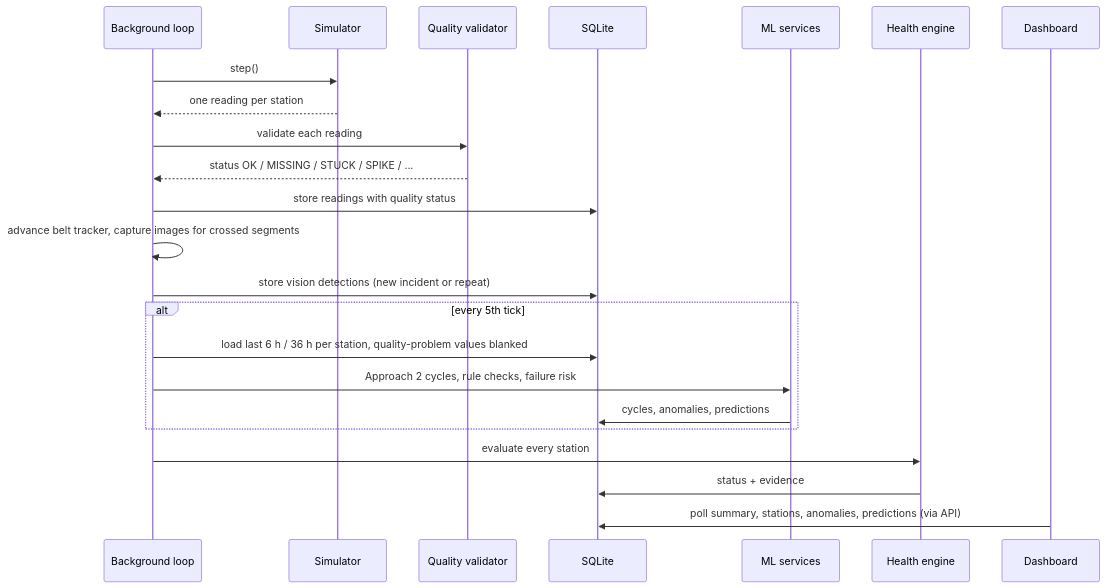
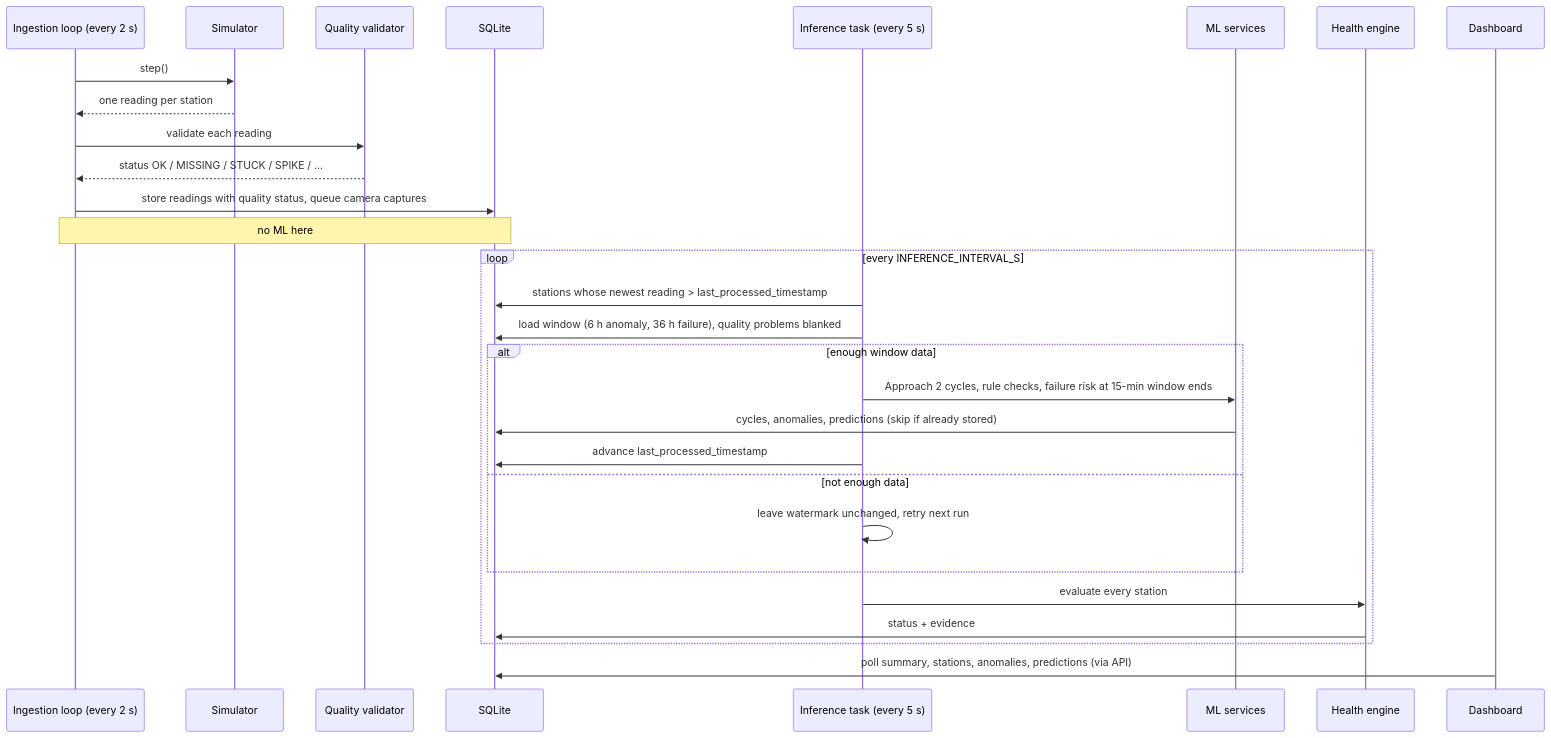
The diagram in docs/architecture/data-flow.md (Suchakra8555/Mining_Conveyer_Anamolies), drawn with Mermaid before and after one commit. The commit also changed other lines of this file and 40 other files, not shown here.

First line of the commit message:
Decouple inference into background task with watermarks; anti-circular evaluation protocol; docs and status

````diff
--- a/docs/architecture/data-flow.md
+++ b/docs/architecture/data-flow.md
@@ -5,26 +5,32 @@
 ```mermaid
 sequenceDiagram
-    participant L as Background loop
+    participant L as Ingestion loop (every 2 s)
     participant S as Simulator
     participant Q as Quality validator
     participant D as SQLite
+    participant P as Inference task (every 5 s)
     participant M as ML services
     participant H as Health engine
     participant F as Dashboard
 
     L->>S: step()
     S-->>L: one reading per station
     L->>Q: validate each reading
     Q-->>L: status OK / MISSING / STUCK / SPIKE / ...
-    L->>D: store readings with quality status
-    L->>L: advance belt tracker, capture images for crossed segments
-    L->>D: store vision detections (new incident or repeat)
-    alt every 5th tick
-        L->>D: load last 6 h / 36 h per station, quality-problem values blanked
-        L->>M: Approach 2 cycles, rule checks, failure risk
-        M->>D: cycles, anomalies, predictions
+    L->>D: store readings with quality status, queue camera captures
+    Note over L,D: no ML here
+    loop every INFERENCE_INTERVAL_S
+        P->>D: stations whose newest reading > last_processed_timestamp
+        P->>D: load window (6 h anomaly, 36 h failure), quality problems blanked
+        alt enough window data
+            P->>M: Approach 2 cycles, rule checks, failure risk at 15-min window ends
+            M->>D: cycles, anomalies, predictions (skip if already stored)
+            P->>D: advance last_processed_timestamp
+        else not enough data
+            P->>P: leave watermark unchanged, retry next run
+        end
+        P->>H: evaluate every station
+        H->>D: status + evidence
     end
-    L->>H: evaluate every station
-    H->>D: status + evidence
     F->>D: poll summary, stations, anomalies, predictions (via API)
 ```
````
